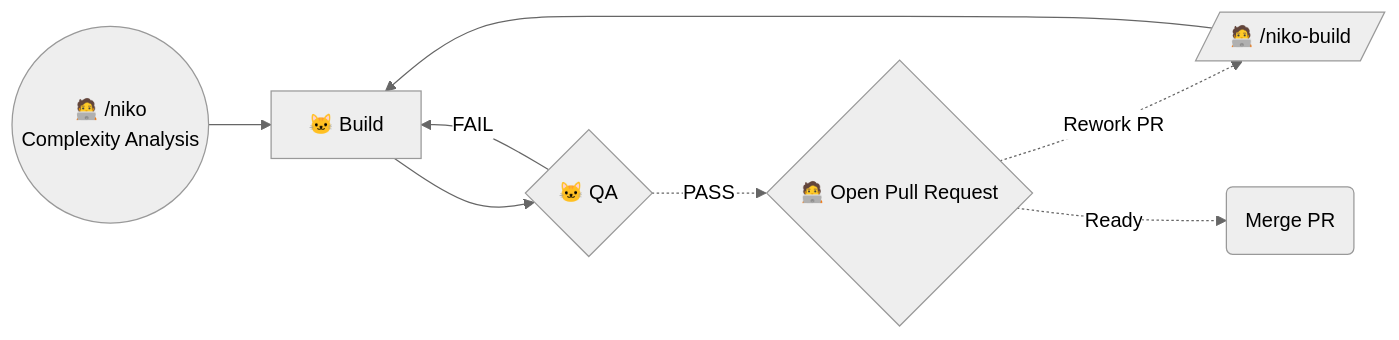
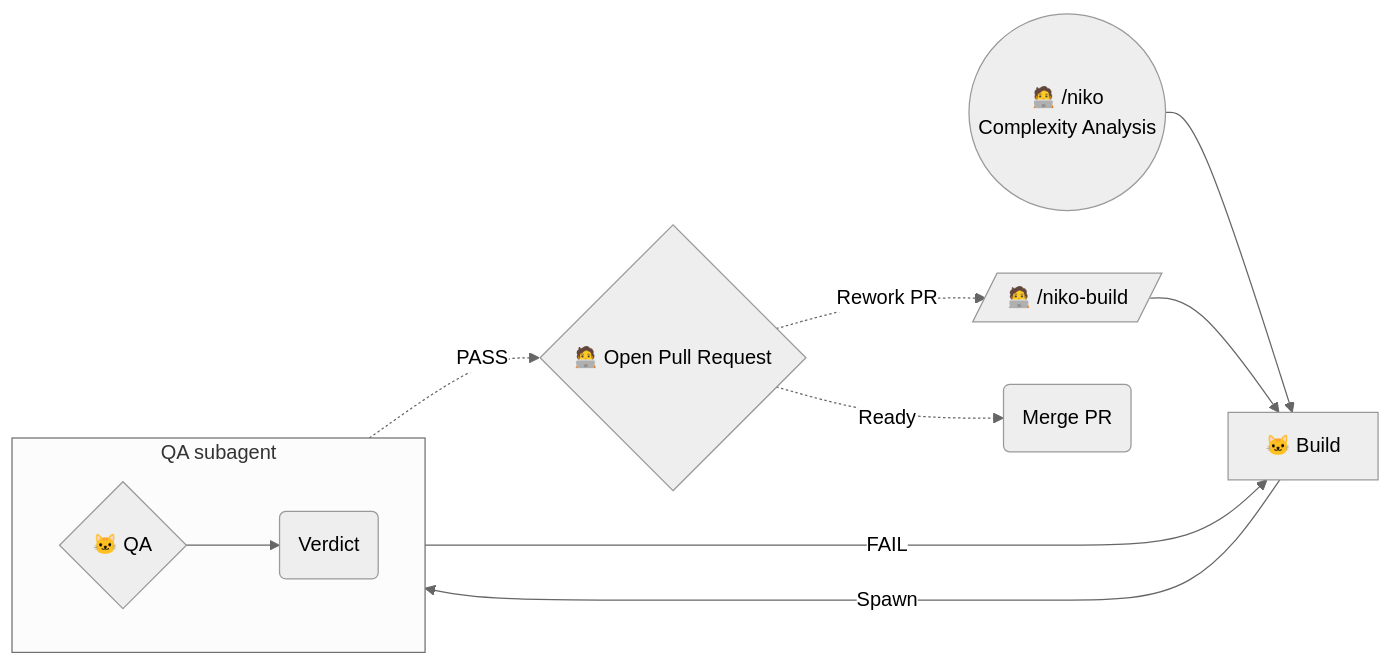
One commit to Texarkanine/.cursor-rules changed the third of 6 diagrams in rulesets/niko/README.md. Above: the diagram before and after it, drawn with Mermaid (neutral theme). The commit also changed other lines of this file and 27 other files, not shown here.

Commit message:
feat(niko): spawn verification subagents for preflight and QA (#108)

````diff
--- a/rulesets/niko/README.md
+++ b/rulesets/niko/README.md
@@ -145,17 +157,20 @@
 ```mermaid
 graph LR
 	Start(("🧑‍💻 /niko<br>Complexity Analysis")) --> NikoBuild["🐱 Build"]
-	NikoBuild --> NikoQA{"🐱 QA"}
-	NikoQA -->|"FAIL"| NikoBuild
+	NikoBuild --Spawn--> NikoQA
+	subgraph QASubagent["QA subagent"]
+		direction LR
+		NikoQA{"🐱 QA"} --> QAVerdict("Verdict")
+	end
+	QAVerdict -->|"FAIL"| NikoBuild
 
 	ManBuild[/"🧑‍💻 /niko-build"/]
 
 	PR{"🧑‍💻 Open Pull Request"}
 	PR -."Rework PR".-> ManBuild
 
-	NikoQA -.->|"PASS"| PR
-	
+	QAVerdict -.->|"PASS"| PR
+
 	ManBuild --> NikoBuild
 	PR -."Ready".-> MergePR("Merge PR")
-	
 ```
````
